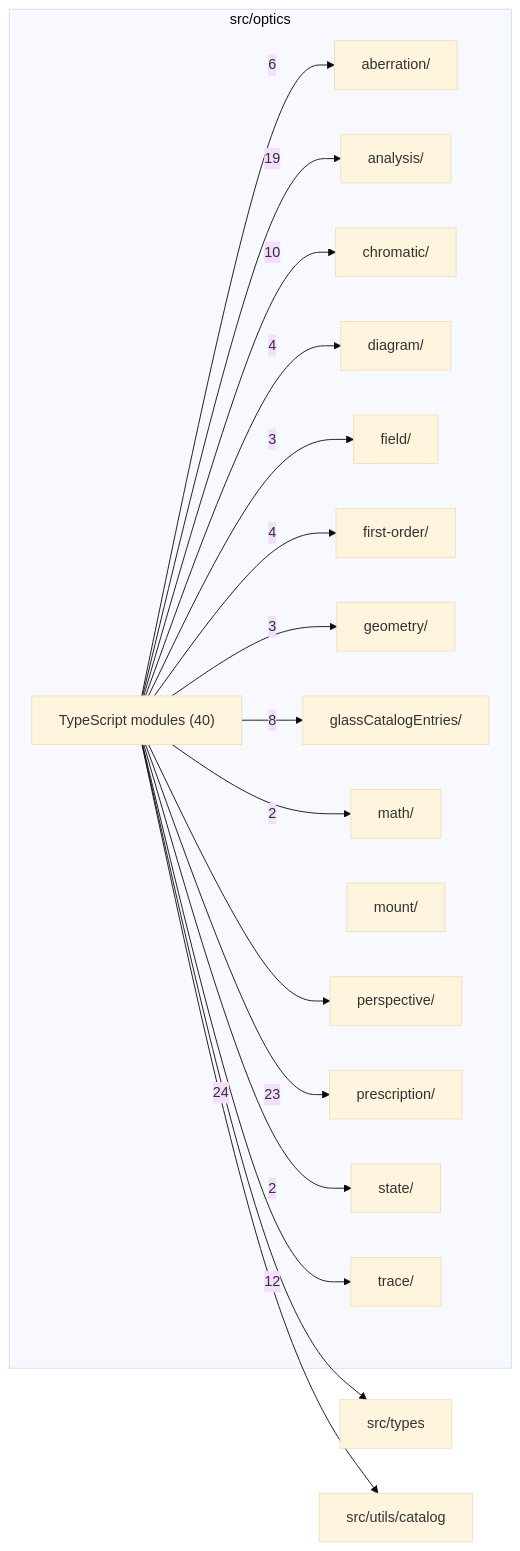
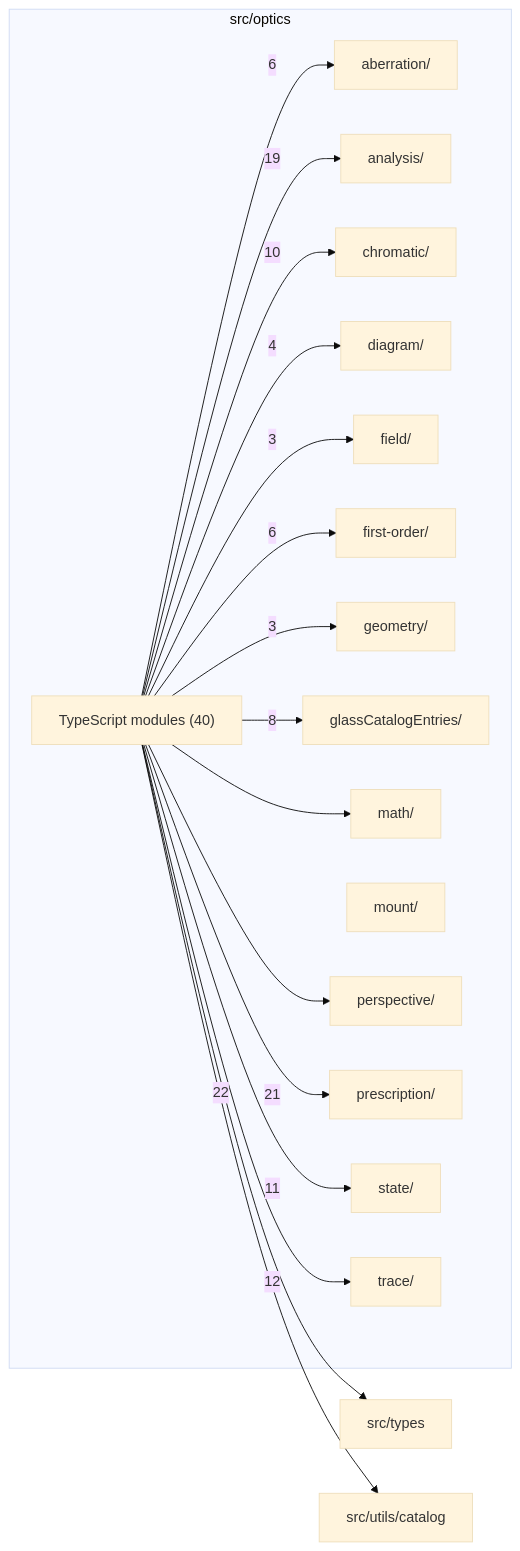
Before and after one commit to BeamFour/LensVisualizer: the diagram in src/optics/readme.md, drawn with Mermaid (base theme). The commit also changed other lines of this file and 44 other files, not shown here.

````diff
--- a/src/optics/readme.md
+++ b/src/optics/readme.md
@@ -9,37 +9,37 @@
 ```mermaid
 flowchart LR
   subgraph n_src_optics["src/optics"]
     n_src_optics_src_optics_aberration["aberration/"]
     n_src_optics_src_optics_analysis["analysis/"]
     n_src_optics_src_optics_chromatic["chromatic/"]
     n_src_optics_src_optics_diagram["diagram/"]
     n_src_optics_src_optics_field["field/"]
     n_src_optics_src_optics_first_order["first-order/"]
     n_src_optics_src_optics_geometry["geometry/"]
     n_src_optics_src_optics_glassCatalogEntries["glassCatalogEntries/"]
     n_src_optics_src_optics_math["math/"]
     n_src_optics_src_optics_mount["mount/"]
     n_src_optics_src_optics_perspective["perspective/"]
     n_src_optics_src_optics_prescription["prescription/"]
     n_src_optics_src_optics_state["state/"]
     n_src_optics_src_optics_trace["trace/"]
     n_src_optics_TypeScript_modules["TypeScript modules (40)"]
   end
   n_external_src_types["src/types"]
   n_external_src_utils_catalog["src/utils/catalog"]
-  n_src_optics_TypeScript_modules --> |24| n_external_src_types
-  n_src_optics_TypeScript_modules --> |23| n_src_optics_src_optics_prescription
+  n_src_optics_TypeScript_modules --> |22| n_external_src_types
+  n_src_optics_TypeScript_modules --> |21| n_src_optics_src_optics_prescription
   n_src_optics_TypeScript_modules --> |19| n_src_optics_src_optics_analysis
   n_src_optics_TypeScript_modules --> |12| n_src_optics_src_optics_trace
+  n_src_optics_TypeScript_modules --> |11| n_src_optics_src_optics_state
   n_src_optics_TypeScript_modules --> |10| n_src_optics_src_optics_chromatic
   n_src_optics_TypeScript_modules --> |8| n_src_optics_src_optics_glassCatalogEntries
   n_src_optics_TypeScript_modules --> |6| n_src_optics_src_optics_aberration
+  n_src_optics_TypeScript_modules --> |6| n_src_optics_src_optics_first_order
   n_src_optics_TypeScript_modules --> |4| n_src_optics_src_optics_diagram
-  n_src_optics_TypeScript_modules --> |4| n_src_optics_src_optics_first_order
   n_src_optics_TypeScript_modules --> |3| n_src_optics_src_optics_field
   n_src_optics_TypeScript_modules --> |3| n_src_optics_src_optics_geometry
-  n_src_optics_TypeScript_modules --> |2| n_src_optics_src_optics_math
-  n_src_optics_TypeScript_modules --> |2| n_src_optics_src_optics_state
   n_src_optics_TypeScript_modules --> n_external_src_utils_catalog
+  n_src_optics_TypeScript_modules --> n_src_optics_src_optics_math
   n_src_optics_TypeScript_modules --> n_src_optics_src_optics_perspective
 ```
````
